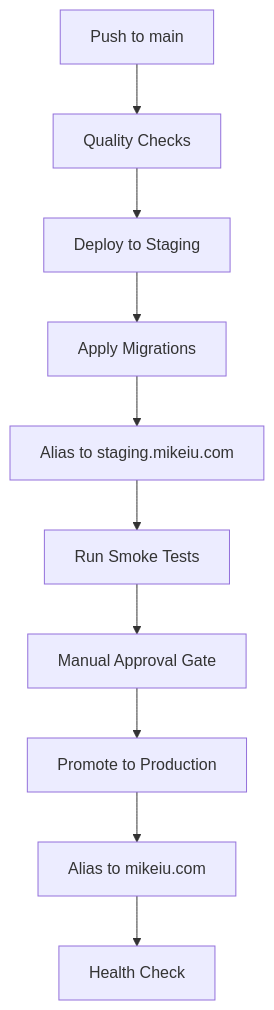
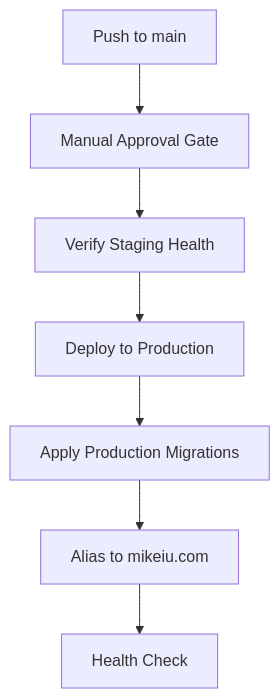
The fourth of 4 diagrams in docs/operations/deployment-pipeline.md (ya-maicle/mike.com), drawn with Mermaid before and after one commit. The commit also changed other lines of this file and 2 other files, not shown here.

````diff
--- a/docs/operations/deployment-pipeline.md
+++ b/docs/operations/deployment-pipeline.md
@@ -9,12 +48,9 @@
 ```mermaid
 graph TD
-    A[Push to main] --> B[Quality Checks]
-    B --> C[Deploy to Staging]
-    C --> D[Apply Migrations]
-    D --> E[Alias to staging.mikeiu.com]
-    E --> F[Run Smoke Tests]
-    F --> G[Manual Approval Gate]
-    G --> H[Promote to Production]
-    H --> I[Alias to mikeiu.com]
-    I --> J[Health Check]
+    A[Push to main] --> B[Manual Approval Gate]
+    B --> C[Verify Staging Health]
+    C --> D[Deploy to Production]
+    D --> E[Apply Production Migrations]
+    E --> F[Alias to mikeiu.com]
+    F --> G[Health Check]
 ```
````
